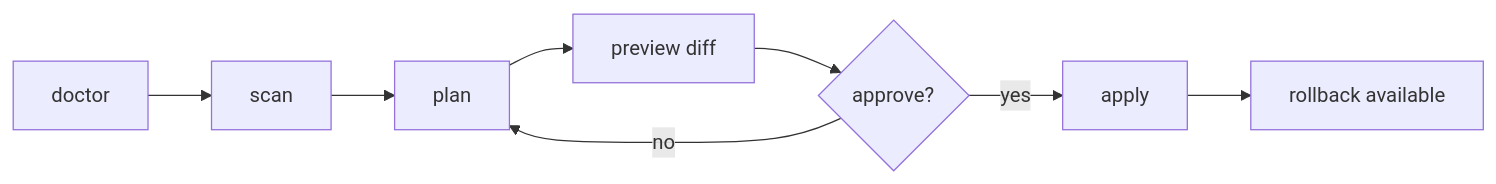
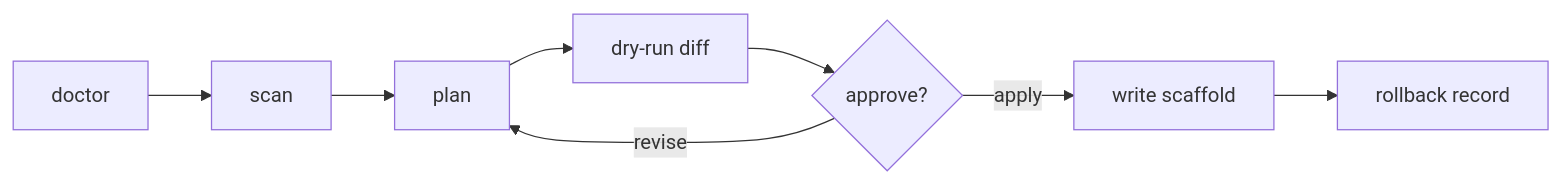
The diagram in README.md (Nigmat-future/metis), drawn with Mermaid before and after one commit. The commit also changed other lines of this file, not shown here.

````diff
--- a/README.md
+++ b/README.md
@@ -43,10 +64,10 @@
 ```mermaid
 flowchart LR
   A["doctor"] --> B["scan"]
   B --> C["plan"]
-  C --> D["preview diff"]
+  C --> D["dry-run diff"]
   D --> E{"approve?"}
-  E -->|no| C
-  E -->|yes| F["apply"]
-  F --> G["rollback available"]
+  E -->|revise| C
+  E -->|apply| F["write scaffold"]
+  F --> G["rollback record"]
 ```
````
